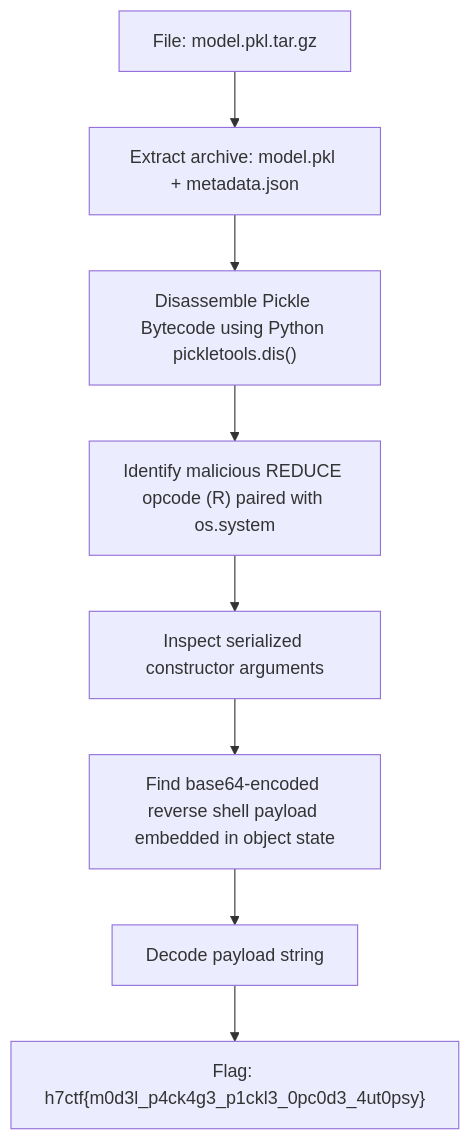
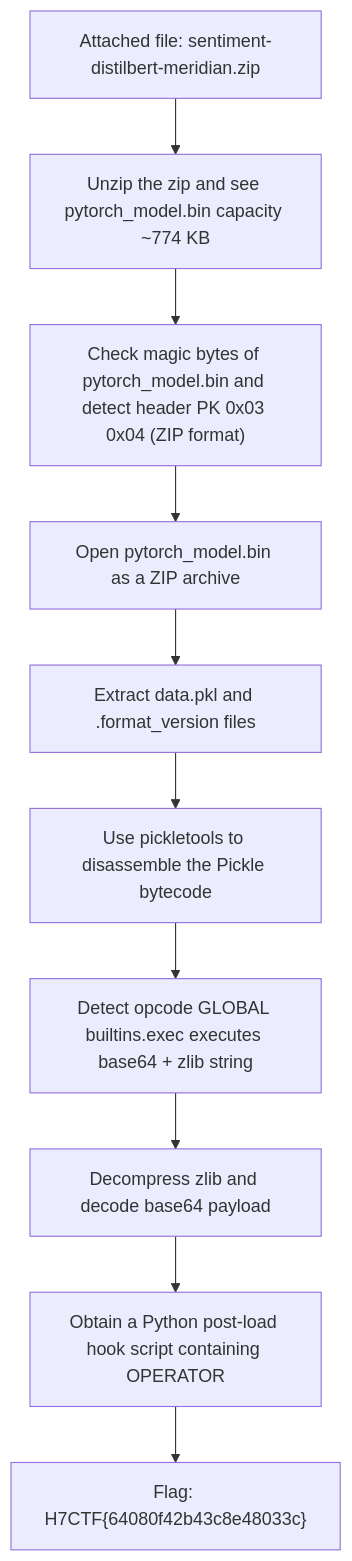
The second of 2 diagrams in _posts/2026-09-27-model-package-autopsy.md (Lizamort1/ctf-writeups), drawn with Mermaid before and after one commit. The commit also changed other lines of this file and 42 other files, not shown here.

Commit message:
fix: synchronize bilingual writeups and redraw diagrams

````diff
--- a/_posts/2026-09-27-model-package-autopsy.md
+++ b/_posts/2026-09-27-model-package-autopsy.md
@@ -186,10 +191,12 @@
 ```mermaid
 flowchart TD
-    A["File: model.pkl.tar.gz"] --> B["Extract archive: model.pkl + metadata.json"]
-    B --> C["Disassemble Pickle Bytecode using Python pickletools.dis()"]
-    C --> D["Identify malicious REDUCE opcode (R) paired with os.system"]
-    D --> E["Inspect serialized constructor arguments"]
-    E --> F["Find base64-encoded reverse shell payload embedded in object state"]
-    F --> G["Decode payload string"]
-    G --> H["Flag: h7ctf{m0d3l_p4ck4g3_p1ckl3_0pc0d3_4ut0psy}"]
+    A["Attached file: sentiment-distilbert-meridian.zip"] --> B["Unzip the zip and see pytorch_model.bin capacity ~774 KB"]
+    B --> C["Check magic bytes of pytorch_model.bin and detect header PK 0x03 0x04 (ZIP format)"]
+    C --> D["Open pytorch_model.bin as a ZIP archive"]
+    D --> E["Extract data.pkl and .format_version files"]
+    E --> F["Use pickletools to disassemble the Pickle bytecode"]
+    F --> G["Detect opcode GLOBAL builtins.exec executes base64 + zlib string"]
+    G --> H["Decompress zlib and decode base64 payload"]
+    H --> I["Obtain a Python post-load hook script containing OPERATOR"]
+    I --> J["Flag: H7CTF{64080f42b43c8e48033c}"]
 ```
````
